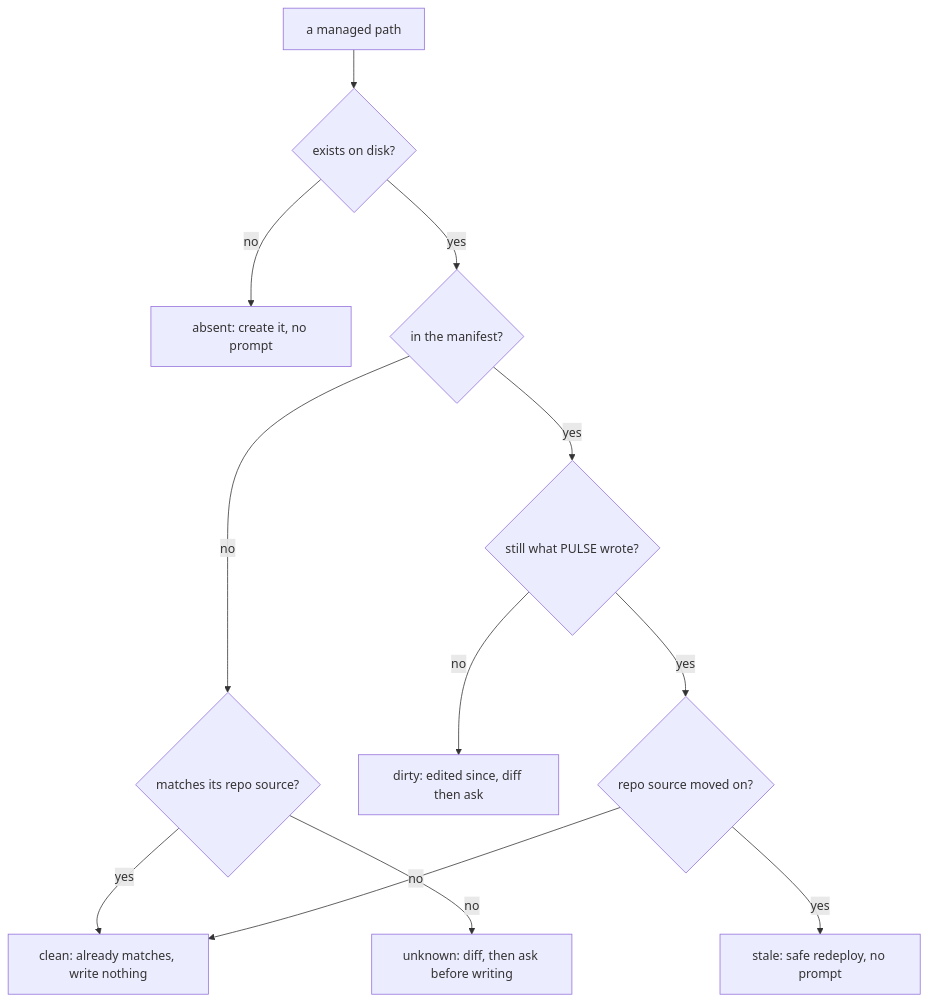
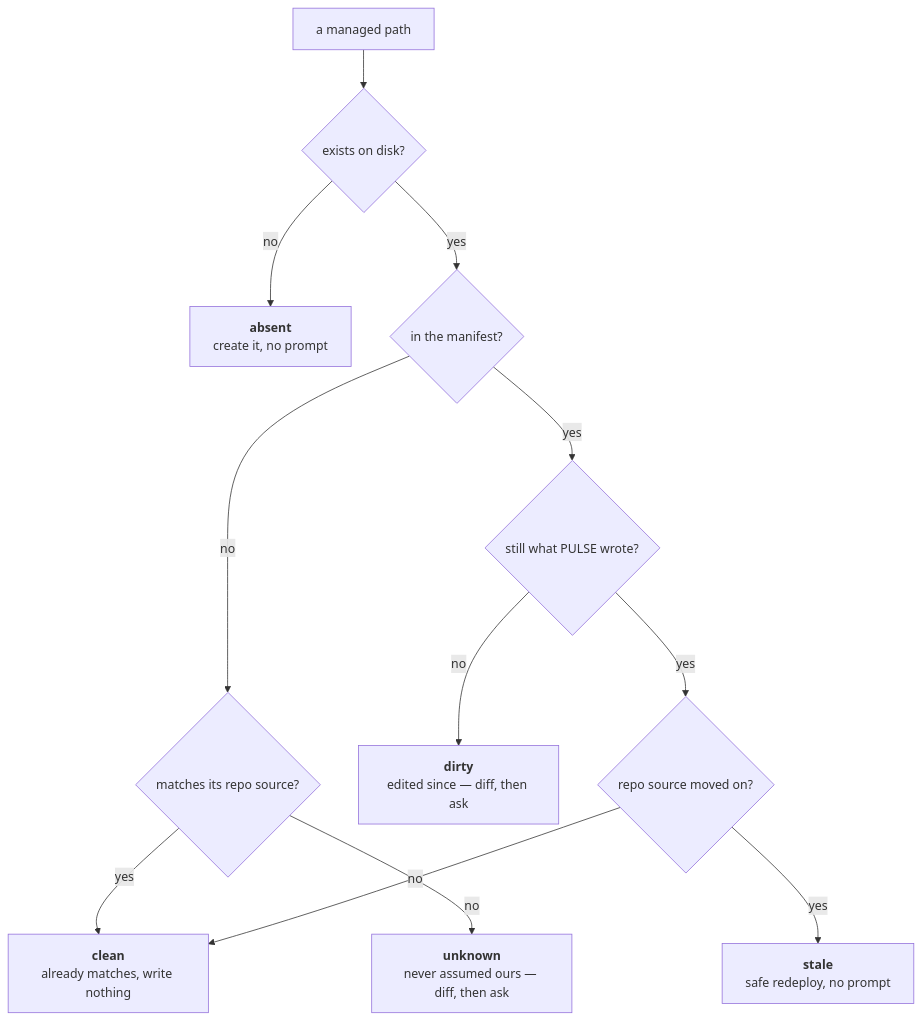
One commit to TheodoreAD/power-user-linux-setup changed the second of 3 diagrams in docs/configuration.md. Above: the diagram before and after it, drawn with Mermaid. The commit also changed other lines of this file and 1 other file, not shown here.

First line of the commit message:
docs: put the line breaks back in the diagram labels

````diff
--- a/docs/configuration.md
+++ b/docs/configuration.md
@@ -163,14 +163,14 @@
 ```mermaid
 flowchart TD
     p["a managed path"] --> exists{"exists on disk?"}
-    exists -- no --> absent["absent: create it, no prompt"]
+    exists -- no --> absent["<b>absent</b><br/>create it, no prompt"]
     exists -- yes --> known{"in the manifest?"}
     known -- no --> match{"matches its repo source?"}
-    match -- yes --> clean["clean: already matches, write nothing"]
-    match -- no --> unknown["unknown: diff, then ask before writing"]
+    match -- yes --> clean["<b>clean</b><br/>already matches, write nothing"]
+    match -- no --> unknown["<b>unknown</b><br/>never assumed ours — diff, then ask"]
     known -- yes --> same{"still what PULSE wrote?"}
-    same -- no --> dirty["dirty: edited since, diff then ask"]
+    same -- no --> dirty["<b>dirty</b><br/>edited since — diff, then ask"]
     same -- yes --> current{"repo source moved on?"}
     current -- no --> clean
-    current -- yes --> stale["stale: safe redeploy, no prompt"]
+    current -- yes --> stale["<b>stale</b><br/>safe redeploy, no prompt"]
 ```
````
